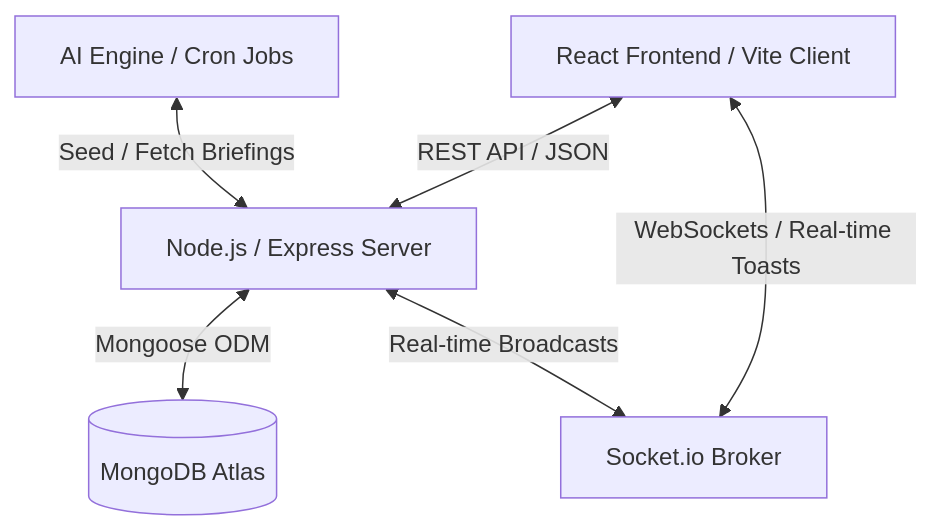
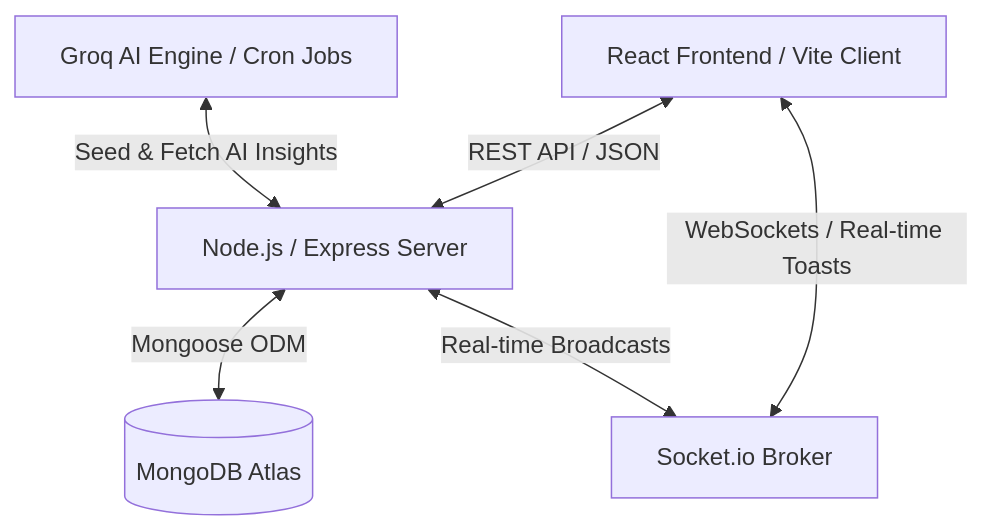
The diagram in README.md (Apurvk28/wagr), drawn with Mermaid before and after one commit. The commit also changed other lines of this file and 2 other files, not shown here.

````diff
--- a/README.md
+++ b/README.md
@@ -49,14 +44,14 @@
 ```mermaid
 graph TD
     Client[React Frontend / Vite Client]
     Server[Node.js / Express Server]
     DB[(MongoDB Atlas)]
     Socket[Socket.io Broker]
-    AI[AI Engine / Cron Jobs]
+    AI[Groq AI Engine / Cron Jobs]
 
     Client <-->|REST API / JSON| Server
     Client <-->|WebSockets / Real-time Toasts| Socket
     Server <-->|Mongoose ODM| DB
     Server <-->|Real-time Broadcasts| Socket
-    AI <-->|Seed / Fetch Briefings| Server
+    AI <-->|Seed & Fetch AI Insights| Server
 ```
````
